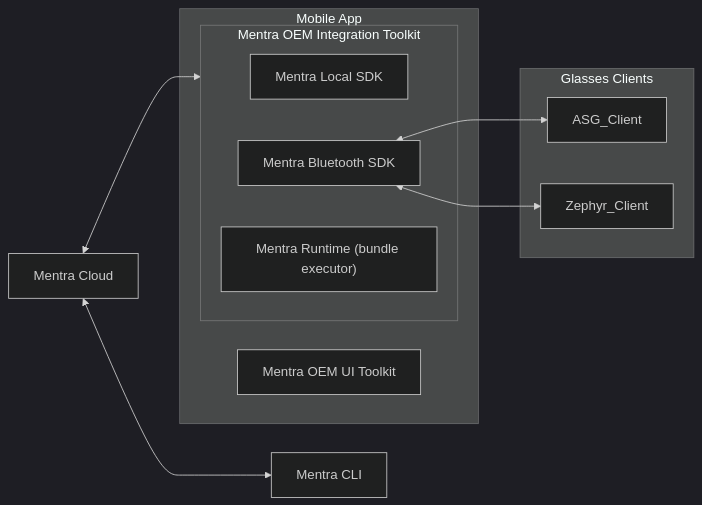
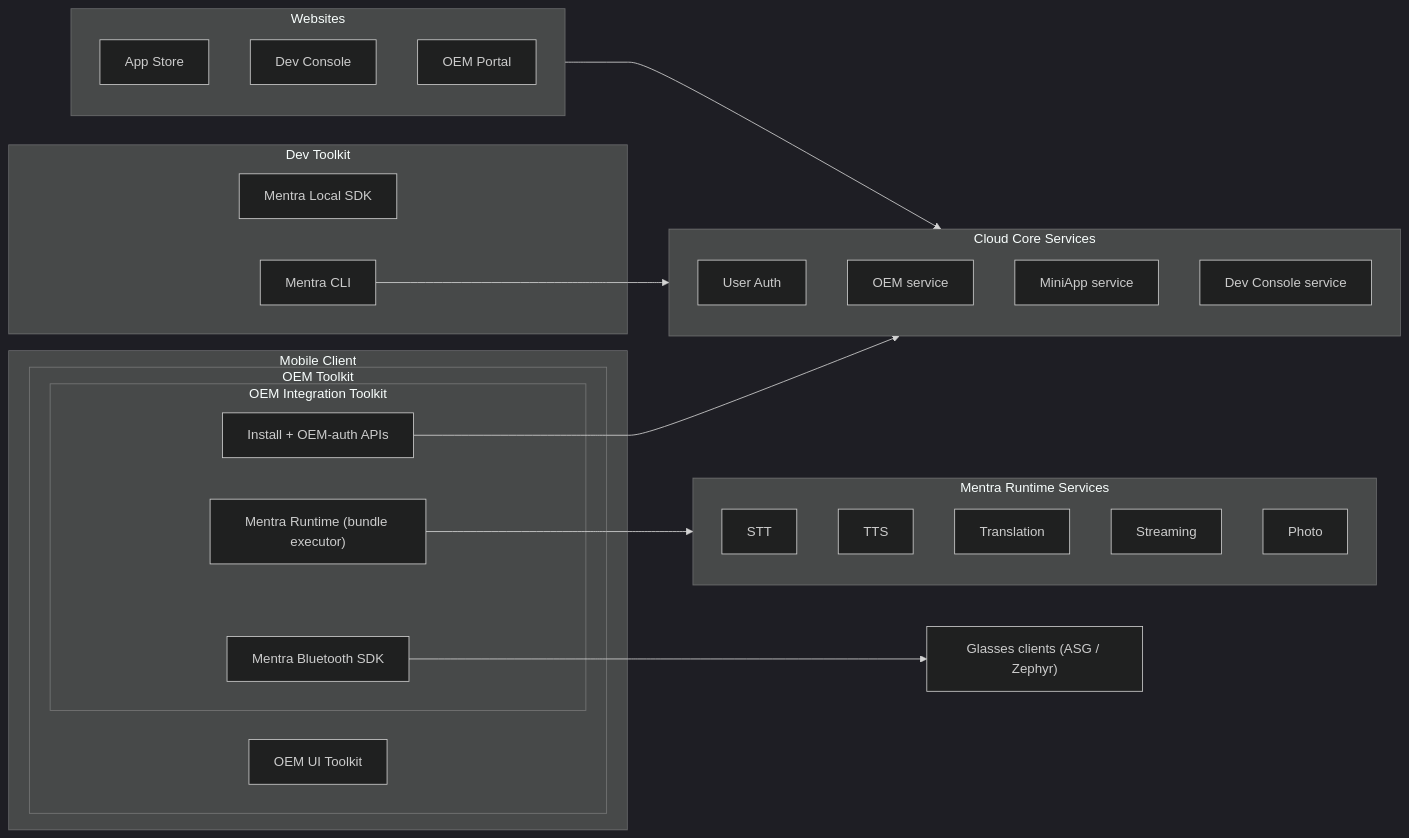
Before and after one commit to Mentra-Community/MentraOS: the diagram in cloud-v2/docs/mentra-overhaul-plan.md, drawn with Mermaid (dark theme). The commit also changed other lines of this file, not shown here.

First line of the commit message:
docs: one combined architecture diagram (client + cloud + websites)

````diff
--- a/cloud-v2/docs/mentra-overhaul-plan.md
+++ b/cloud-v2/docs/mentra-overhaul-plan.md
@@ -368,26 +71,47 @@
 ```mermaid
 flowchart LR
-  Cloud["Mentra Cloud"]
-  CLI["Mentra CLI"]
+  subgraph DevToolkit["Dev Toolkit"]
+    LocalSDK["Mentra Local SDK"]
+    CLI["Mentra CLI"]
+  end
 
-  subgraph MobileApp["Mobile App"]
-    UIKit["Mentra OEM UI Toolkit"]
-
-    subgraph MentraCore["Mentra OEM Integration Toolkit"]
-      LocalSDK["Mentra Local SDK"]
-      BluetoothSDK["Mentra Bluetooth SDK"]
-      Runtime["Mentra Runtime (bundle executor)"]
+  subgraph MobileClient["Mobile Client"]
+    subgraph OEMToolkit["OEM Toolkit"]
+      subgraph IntegrationToolkit["OEM Integration Toolkit"]
+        Runtime["Mentra Runtime (bundle executor)"]
+        InstallAuth["Install + OEM-auth APIs"]
+        BluetoothSDK["Mentra Bluetooth SDK"]
+      end
+      UIToolkit["OEM UI Toolkit"]
     end
   end
 
-  subgraph GlassesClients["Glasses Clients"]
-    ASG["ASG_Client"]
-    Zephyr["Zephyr_Client"]
+  Glasses["Glasses clients (ASG / Zephyr)"]
+
+  subgraph RuntimeServices["Mentra Runtime Services"]
+    STT
+    TTS
+    Translation
+    Streaming
+    Photo
   end
 
-  Cloud <--> MentraCore
-  Cloud <--> CLI
+  subgraph CoreServices["Cloud Core Services"]
+    UserAuth["User Auth"]
+    OEMSvc["OEM service"]
+    MiniAppSvc["MiniApp service"]
+    DevConsoleSvc["Dev Console service"]
+  end
 
-  BluetoothSDK <--> ASG
-  BluetoothSDK <--> Zephyr
+  subgraph Websites["Websites"]
+    AppStore["App Store"]
+    DevConsoleSite["Dev Console"]
+    OEMPortal["OEM Portal"]
+  end
+
+  BluetoothSDK --> Glasses
+  Runtime --> RuntimeServices
+  InstallAuth --> CoreServices
+  CLI --> CoreServices
+  Websites --> CoreServices
 ```
````
